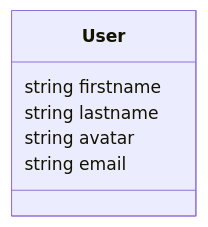
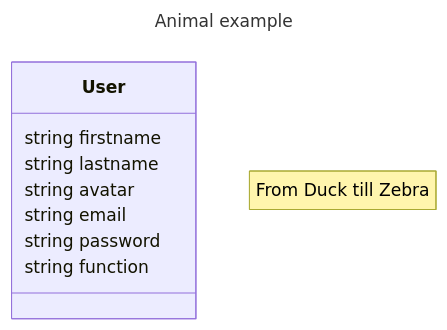
The diagram in database/docs/16_Users.md (desmond8500/Dash3), drawn with Mermaid before and after one commit. The commit also changed 5 other files, not shown here.

````diff
--- a/database/docs/16_Users.md
+++ b/database/docs/16_Users.md
@@ -3,10 +3,19 @@
 ```mermaid
+---
+title: Animal example
+---
 classDiagram
+    note "From Duck till Zebra"
+  
 
 class User{
     string firstname
     string lastname
     string avatar
     string email
+    string password
+    string function
+    
+
 }
 ```
````
